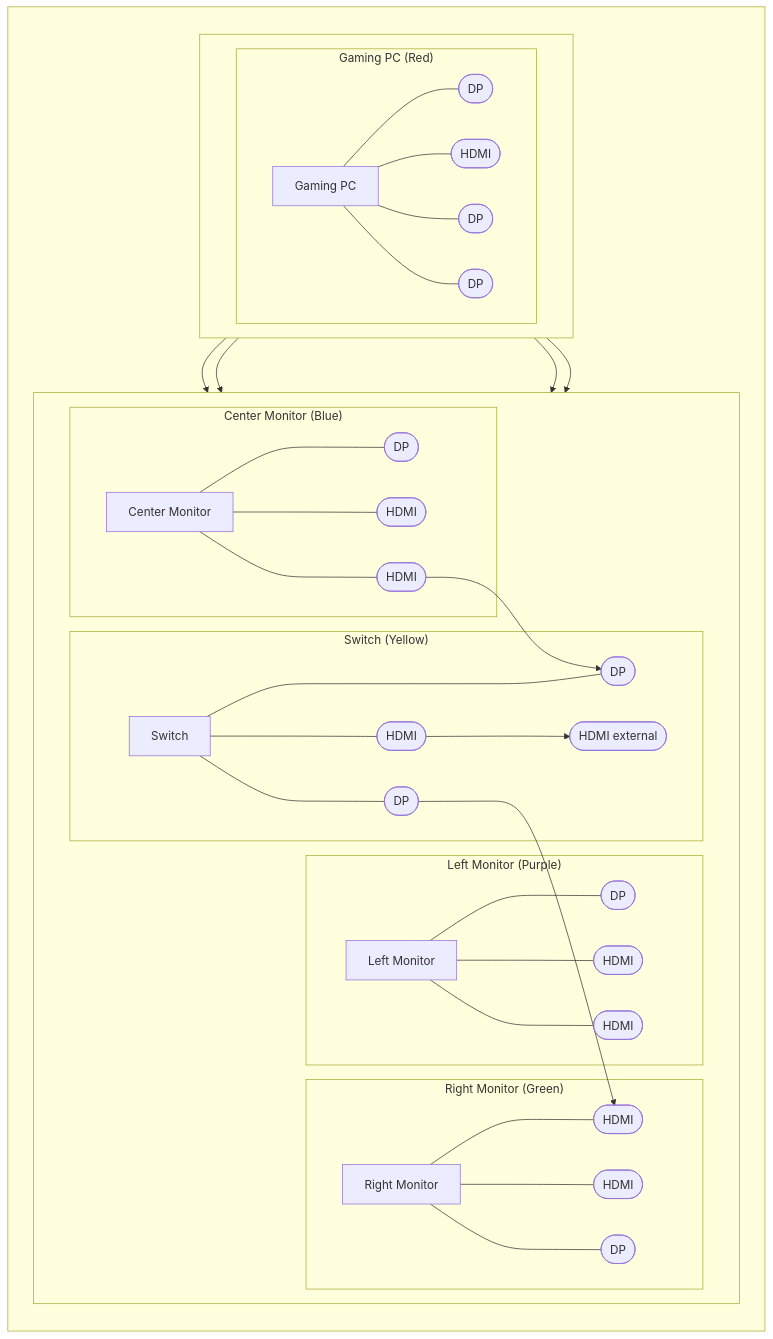
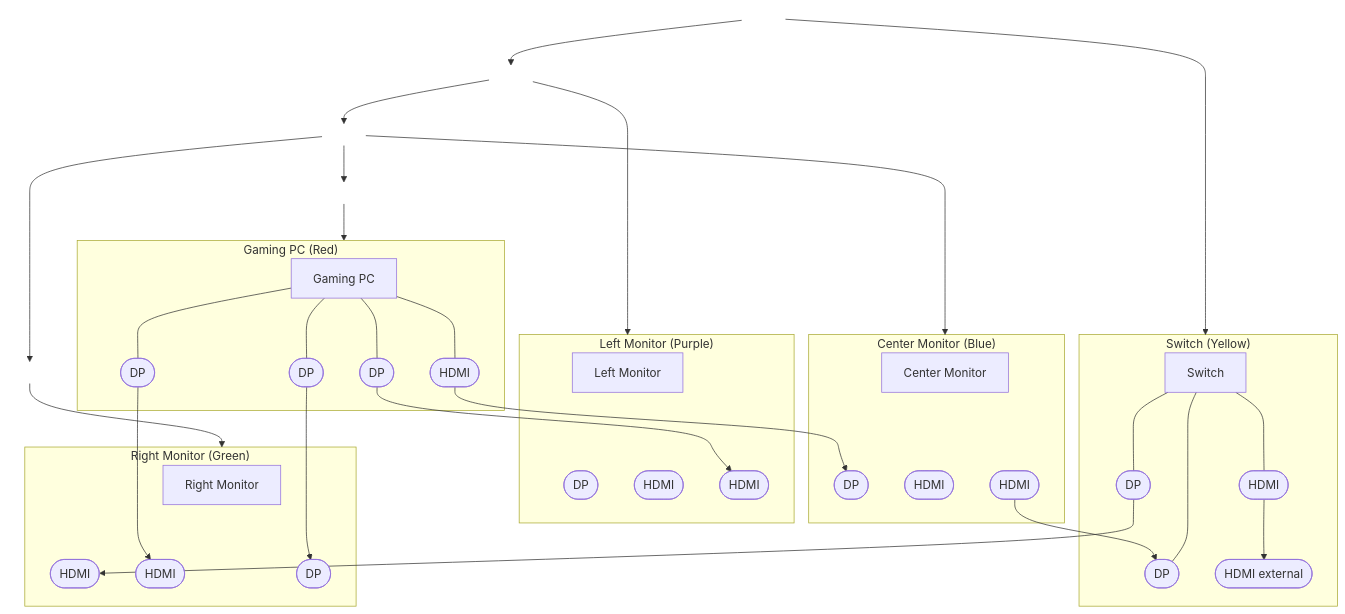
Before and after one commit to caseta/pc: the diagram in desktop_setup.md, drawn with Mermaid.

```diff
--- a/desktop_setup.md
+++ b/desktop_setup.md
@@ -67,24 +67,19 @@
       PC --- PC_DP3
     end
 
-    %% Layout control:
-    %% - top row ordered switch -> left -> center -> right
-    %% - gaming PC kept below the full top row
-    subgraph LAYOUT[" "]
-      direction TB
-      subgraph TOP_ROW[" "]
-        direction LR
-        SWITCH
-        LEFT
-        CENTER
-        RIGHT
-      end
+    %% Layout control (hidden anchors):
+    %% - top row fixed: switch -> left -> center -> right
+    %% - PC fixed below center
+    A[" "]:::invis --> B[" "]:::invis --> C[" "]:::invis --> D[" "]:::invis
+    C --> E[" "]:::invis
+    A --> SWITCH
+    B --> LEFT
+    C --> CENTER
+    D --> RIGHT
+    E --> PCBOX
 
-      subgraph BOTTOM_ROW[" "]
-        direction LR
-        PCBOX
-      end
-    end
+    classDef invis fill:transparent,stroke:transparent,color:transparent;
+    linkStyle 0,1,2,3,4,5,6,7,8 stroke:transparent;
 
     %% Visible cable runs from the drawing
     PC_DP1 --> LM_H2
```
